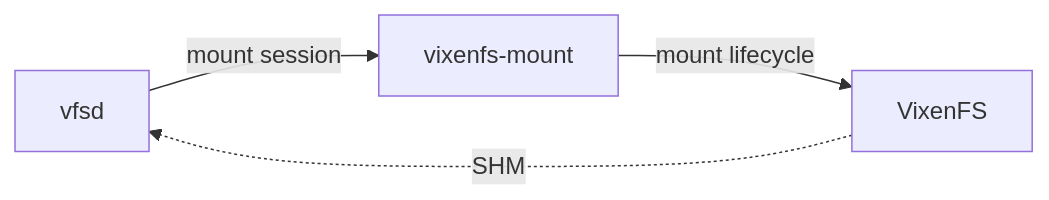
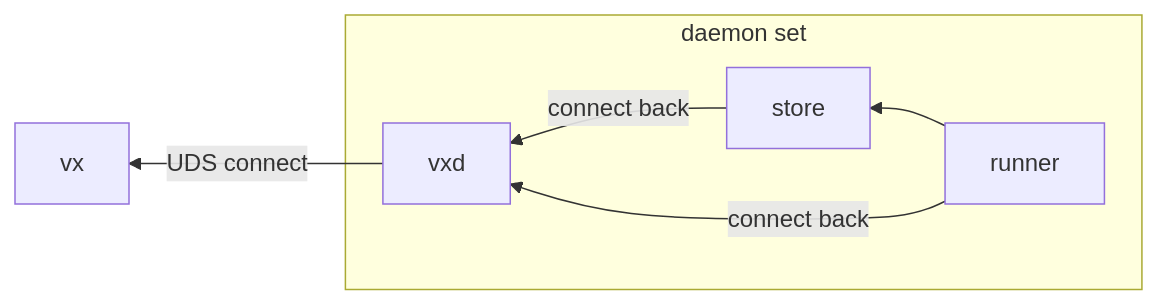
The third of 3 diagrams in docs/content/daemons.md (vixenware/vixen), drawn with Mermaid before and after one commit. The commit also changed other lines of this file and 1 other file, not shown here.

Commit message:
Document daemon topology a bit more

````diff
--- a/docs/content/daemons.md
+++ b/docs/content/daemons.md
@@ -120,10 +59,14 @@
 ```mermaid
-flowchart LR
-  vfsd["vfsd"]
-  mount["vixenfs-mount"]
-  fskit["VixenFS"]
+flowchart RL
+  vx["vx"]
+  subgraph daemons["daemon set"]
+    vxd["vxd"]
+    store["store"]
+    runner["runner"]
+  end
 
-  vfsd -->|"mount session"| mount
-  mount -->|"mount lifecycle"| fskit
-  fskit -.->|"SHM"| vfsd
+  vxd -->|"UDS connect"| vx
+  store -->|"connect back"| vxd
+  runner -->|"connect back"| vxd
+  runner --> store
 ```
````
